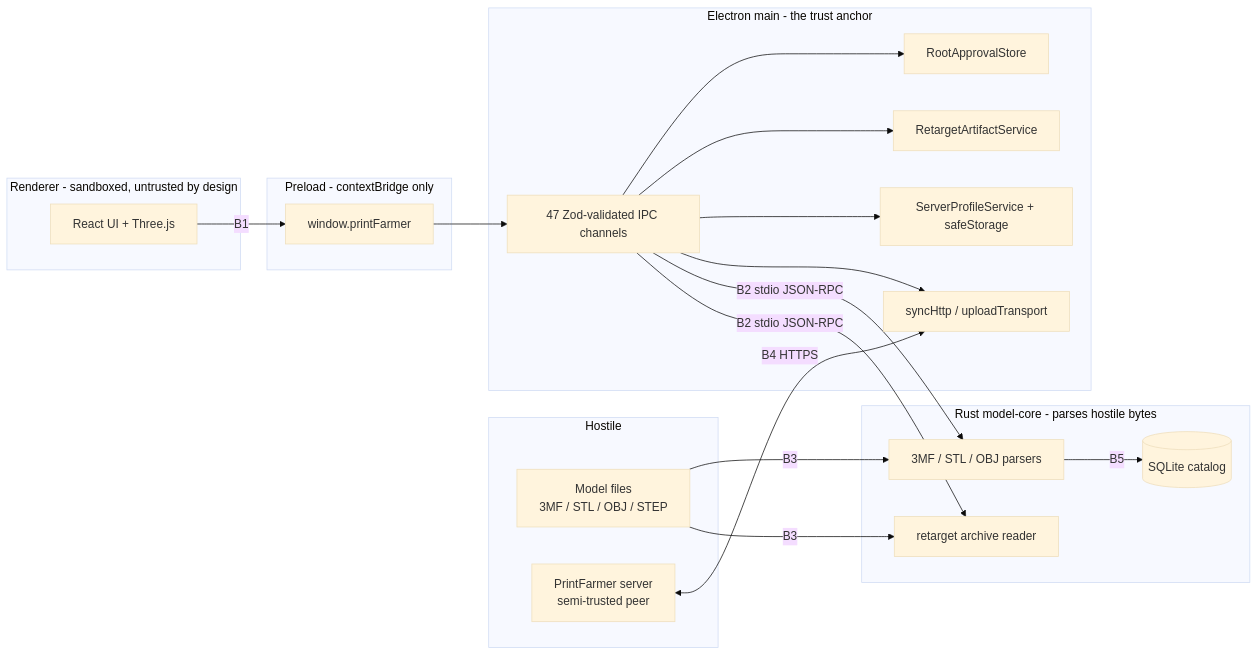
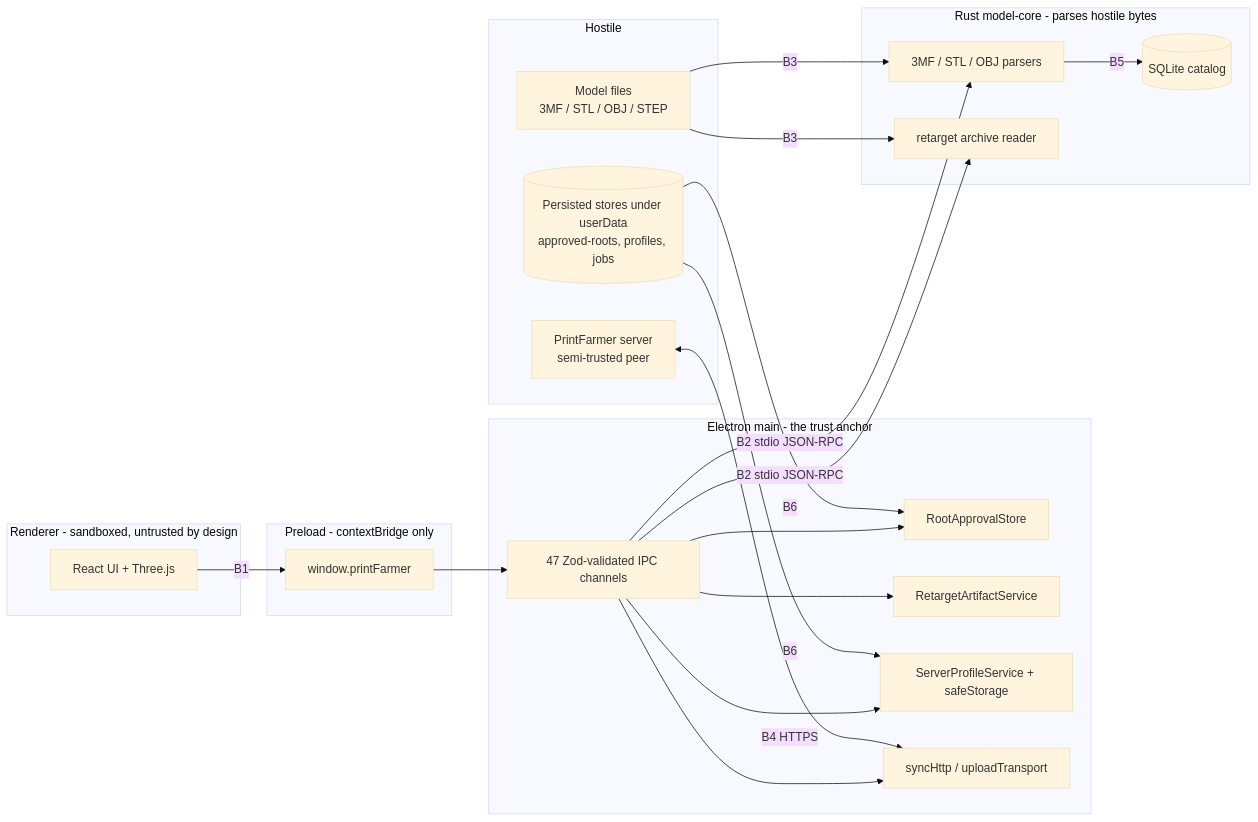
Before and after one commit to OlyForge3D/PrintFarmerDesktop: the diagram in docs/security/THREAT_MODEL.md, drawn with Mermaid (base theme). The commit also changed other lines of this file, not shown here.

````diff
--- a/docs/security/THREAT_MODEL.md
+++ b/docs/security/THREAT_MODEL.md
@@ -45,37 +62,40 @@
 ```mermaid
 flowchart LR
     subgraph Hostile
       MF[Model files<br/>3MF / STL / OBJ / STEP]
       SRV[PrintFarmer server<br/>semi-trusted peer]
+      STORE[(Persisted stores under userData<br/>approved-roots, profiles, jobs)]
     end
 
     subgraph Renderer["Renderer - sandboxed, untrusted by design"]
       R[React UI + Three.js]
     end
 
     subgraph Preload["Preload - contextBridge only"]
       P[window.printFarmer]
     end
 
     subgraph Main["Electron main - the trust anchor"]
       IPC[47 Zod-validated IPC channels]
       APV[RootApprovalStore]
       ART[RetargetArtifactService]
       CRED[ServerProfileService + safeStorage]
       NET[syncHttp / uploadTransport]
     end
 
     subgraph Sidecar["Rust model-core - parses hostile bytes"]
       PARSE[3MF / STL / OBJ parsers]
       RTG[retarget archive reader]
       DB[(SQLite catalog)]
     end
 
     R -->|B1| P --> IPC
     IPC --> APV & ART & CRED & NET
     IPC -->|B2 stdio JSON-RPC| PARSE & RTG
     MF -->|B3| PARSE
     MF -->|B3| RTG
     SRV <-->|B4 HTTPS| NET
     PARSE -->|B5| DB
+    STORE -->|B6| APV
+    STORE -->|B6| CRED
 ```
````
